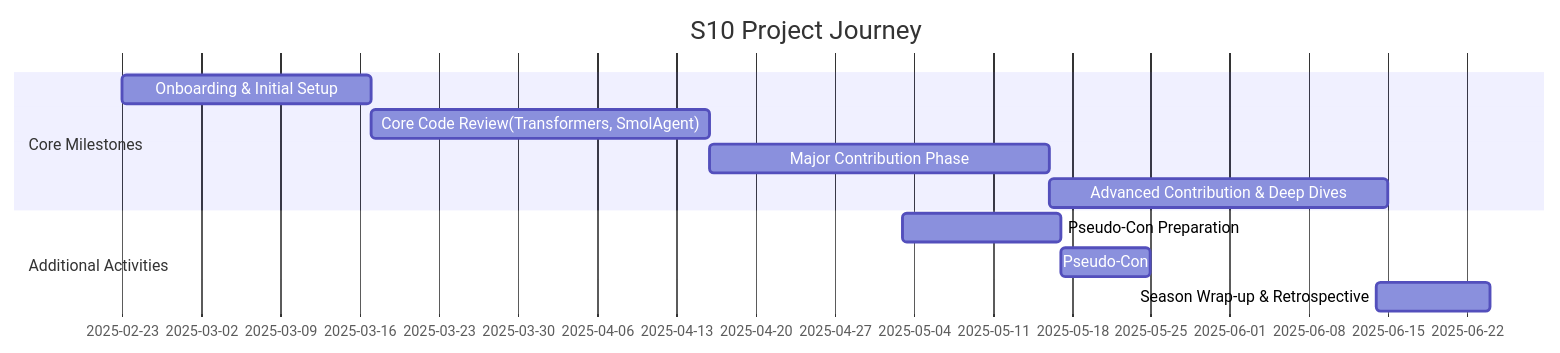
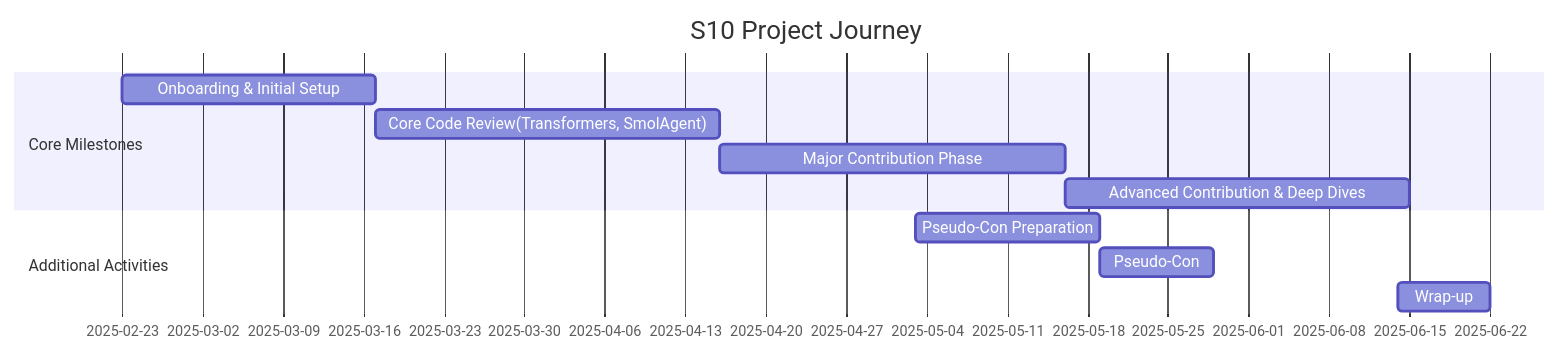
One commit to Pseudo-Lab/Hugging-Face-Beyond-First-PR changed the diagram in README.md. Above: the diagram before and after it, drawn with Mermaid. The commit also changed other lines of this file, not shown here.

````diff
--- a/README.md
+++ b/README.md
@@ -46,13 +46,13 @@
 ```mermaid
 gantt
     title S10 Project Journey
     section Core Milestones
     Onboarding & Initial Setup          :a1, 2025-02-23, 22d
     Core Code Review(Transformers, SmolAgent)            :a2, after a1, 30d
     Major Contribution Phase             :a3, after a2, 30d
     Advanced Contribution & Deep Dives   :a4, after a3, 30d
     section Additional Activities
-    Pseudo-Con Preparation               :b1, 2025-05-03, 14d
-    Pseudo-Con                           :b2, after b1, 8d
-    Season Wrap-up & Retrospective       :2025-06-14, 10d
+    Pseudo-Con Preparation               :b1, 2025-05-03, 16d
+    Pseudo-Con                           :b2, after b1, 10d
+    Wrap-up       :2025-06-14, 8d
 ```
````
